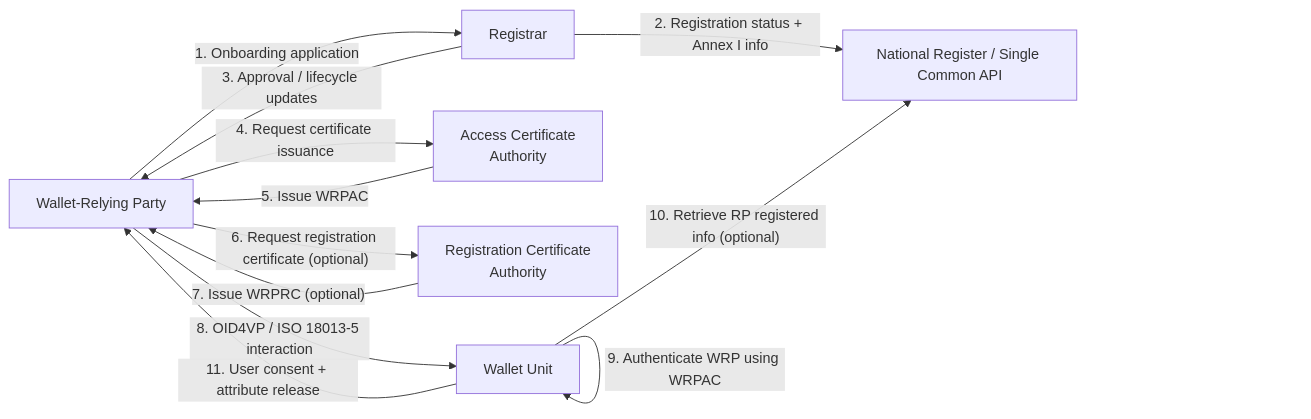
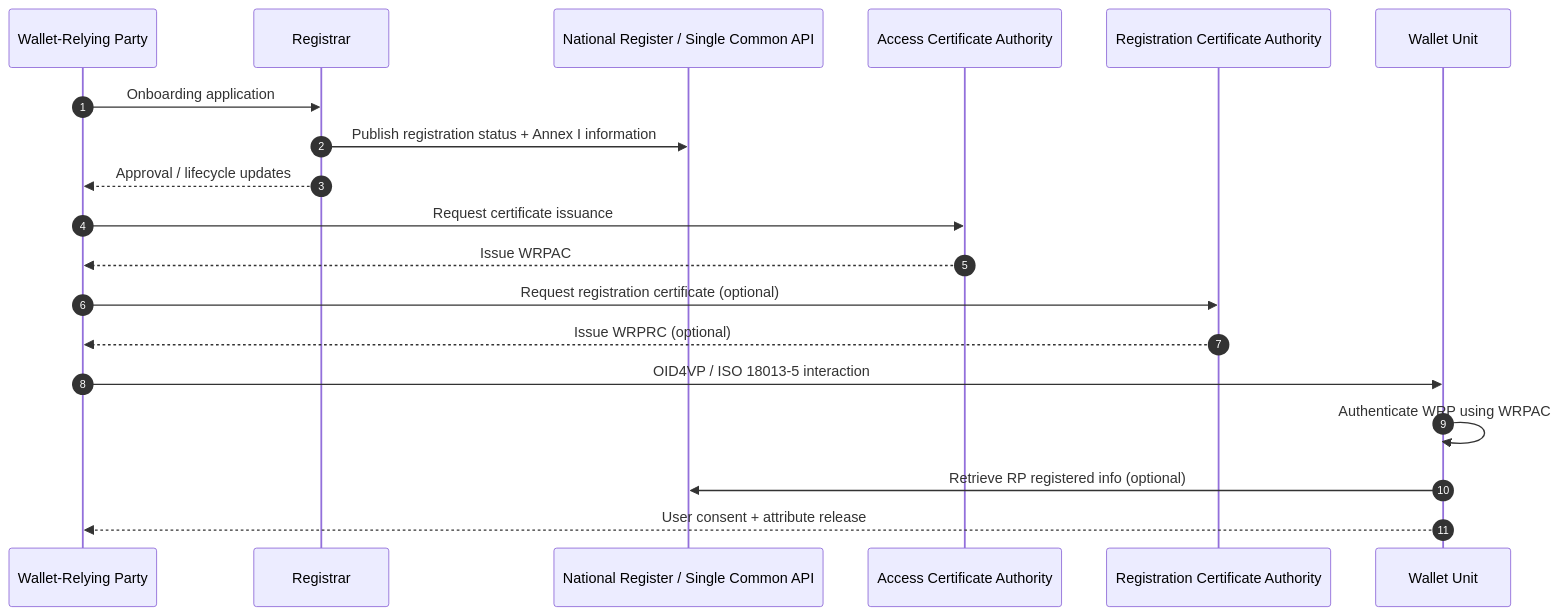
The first of 3 diagrams in topics/registry.md (APTITUDE-Consortium/wp2-trust-specifications), drawn with Mermaid before and after one commit. The commit also changed other lines of this file, not shown here.

`````diff
--- a/topics/registry.md
+++ b/topics/registry.md
@@ -35,19 +56,27 @@
 ````mermaid
-flowchart LR
-  WRP[Wallet-Relying Party] -->|1. Onboarding application| REG[Registrar]
-  REG -->|2. Registration status + Annex I info| NREG[National Register / Single Common API]
-  
-  REG -->|3. Approval / lifecycle updates| WRP
+sequenceDiagram
+  autonumber
+  participant WRP as Wallet-Relying Party
+  participant REG as Registrar
+  participant NREG as National Register / Single Common API
+  participant ACA as Access Certificate Authority
+  participant RCA as Registration Certificate Authority
+  participant WAL as Wallet Unit
 
-  WRP -->|4. Request certificate issuance| ACA[Access Certificate <br> Authority]
-  ACA -->|5. Issue WRPAC | WRP
+  WRP->>REG: Onboarding application
+  REG->>NREG: Publish registration status + Annex I information
+  REG-->>WRP: Approval / lifecycle updates
 
-  WRP -->|"6. Request registration certificate (optional)"| RCA[Registration Certificate <br> Authority]
-  RCA -->|"7. Issue WRPRC (optional)" | WRP
+  WRP->>ACA: Request certificate issuance
+  ACA-->>WRP: Issue WRPAC
 
-  WRP -->|8. OID4VP / ISO 18013-5 interaction| WAL[Wallet Unit]
-  WAL -->|9. Authenticate WRP using WRPAC| WAL
-  WAL -->|"10. Retrieve RP registered info (optional)"| NREG
-  WAL -->|11. User consent + attribute release| WRP
+  WRP->>RCA: Request registration certificate (optional)
+  RCA-->>WRP: Issue WRPRC (optional)
+
+  WRP->>WAL: OID4VP / ISO 18013-5 interaction
+  WAL->>WAL: Authenticate WRP using WRPAC
+  WAL->>NREG: Retrieve RP registered info (optional)
+  WAL-->>WRP: User consent + attribute release
+
 
 ````
`````
